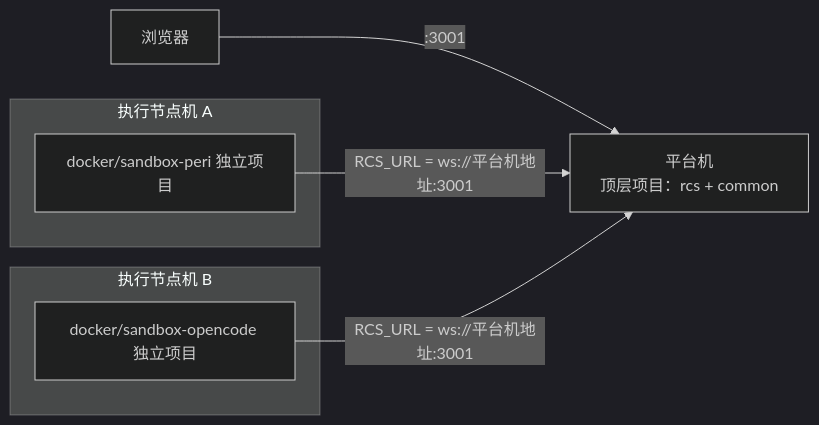
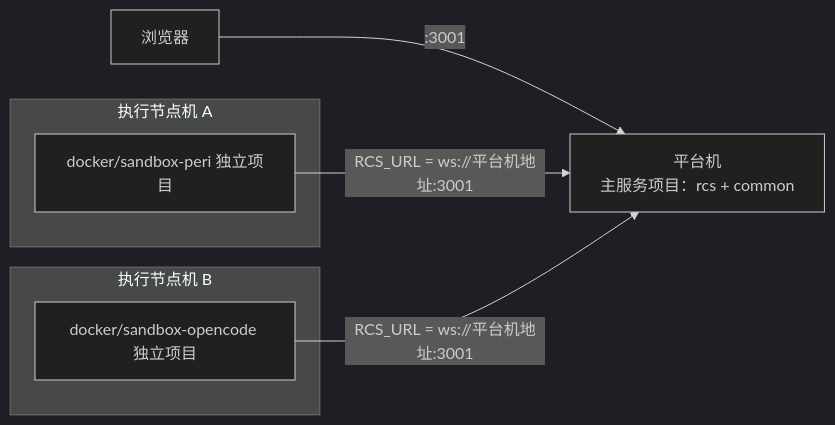
One commit to HuangPuStar/FenixAgent changed the fourth of 5 diagrams in docs/arch/26-deployment-topology.md. Above: the diagram before and after it, drawn with Mermaid (dark theme). The commit also changed other lines of this file and 59 other files, not shown here.

````diff
--- a/docs/arch/26-deployment-topology.md
+++ b/docs/arch/26-deployment-topology.md
@@ -210,14 +217,14 @@
 ```mermaid
 flowchart LR
-    User["浏览器"] -->|":3001"| RCS["平台机<br/>顶层项目：rcs + common"]
+    User["浏览器"] -->|":3001"| RCS["平台机<br/>主服务项目：rcs + common"]
 
     subgraph N1["执行节点机 A"]
         SP["docker/sandbox-peri 独立项目"]
     end
     subgraph N2["执行节点机 B"]
         SO["docker/sandbox-opencode 独立项目"]
     end
 
     SP -->|"RCS_URL = ws://平台机地址:3001"| RCS
     SO -->|"RCS_URL = ws://平台机地址:3001"| RCS
 ```
````
